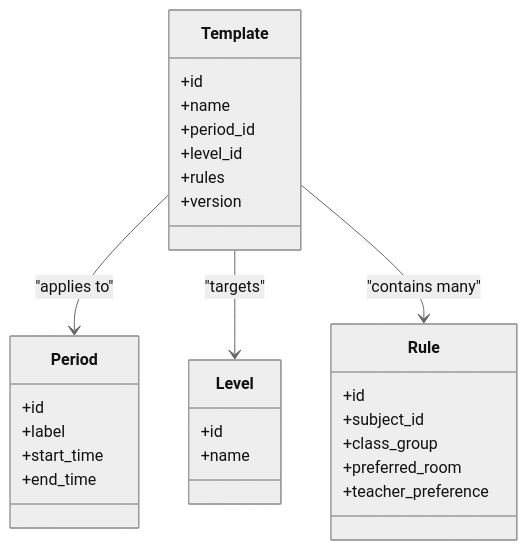
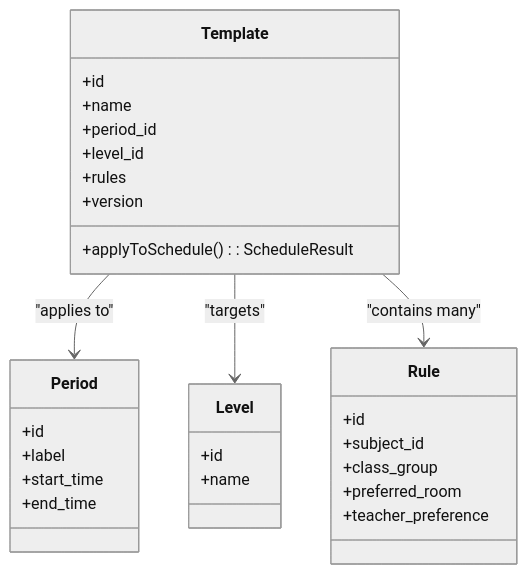
The seventh of 11 diagrams in .qoder/repowiki/en/content/Academic Management System/Class & Schedule Management/Timetable Creation & Scheduling.md (franckylab/eLISAschool), drawn with Mermaid (neutral theme) before and after one commit. The commit also changed other lines of this file and 49 other files, not shown here.

````diff
--- a/.qoder/repowiki/en/content/Academic Management System/Class & Schedule Management/Timetable Creation & Scheduling.md
+++ b/.qoder/repowiki/en/content/Academic Management System/Class & Schedule Management/Timetable Creation & Scheduling.md
@@ -492,31 +491,32 @@
 ```mermaid
 classDiagram
 class Template {
 +id
 +name
 +period_id
 +level_id
 +rules
 +version
++applyToSchedule() : ScheduleResult
 }
 class Period {
 +id
 +label
 +start_time
 +end_time
 }
 class Level {
 +id
 +name
 }
 class Rule {
 +id
 +subject_id
 +class_group
 +preferred_room
 +teacher_preference
 }
 Template --> Period : "applies to"
 Template --> Level : "targets"
 Template --> Rule : "contains many"
 ```
````
